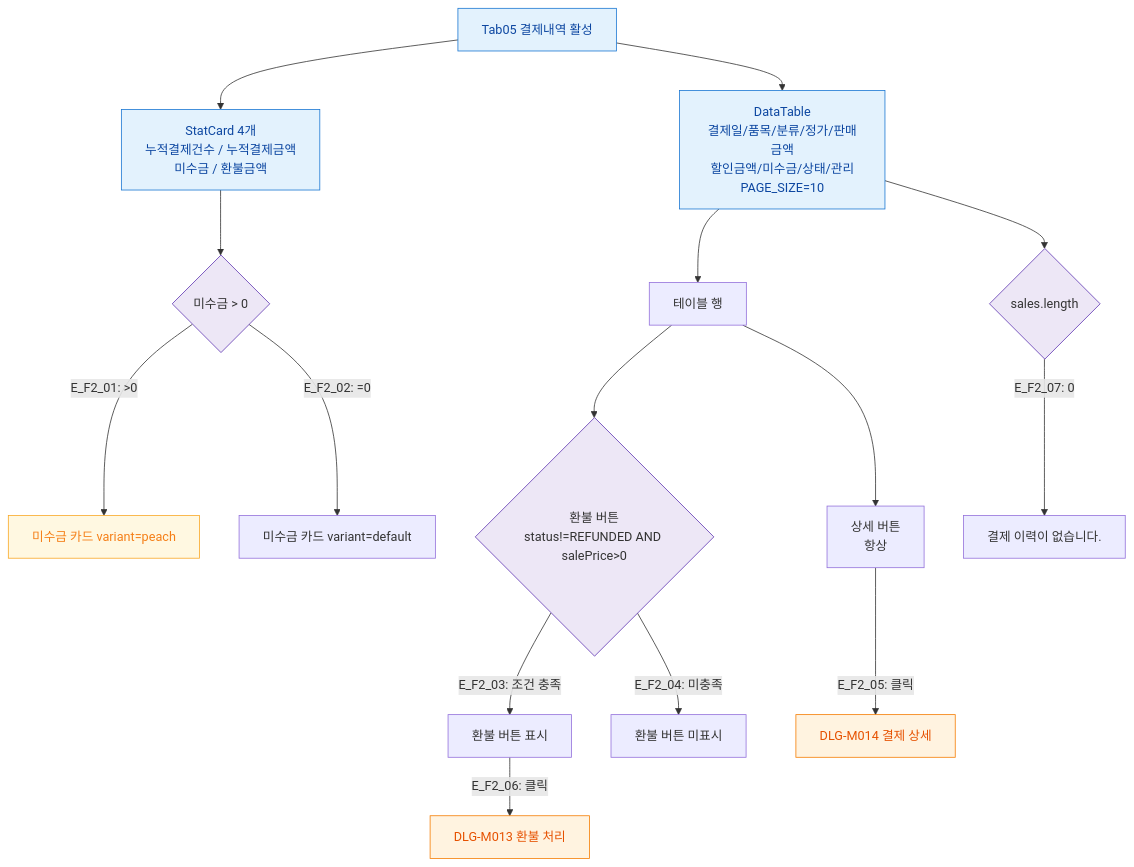
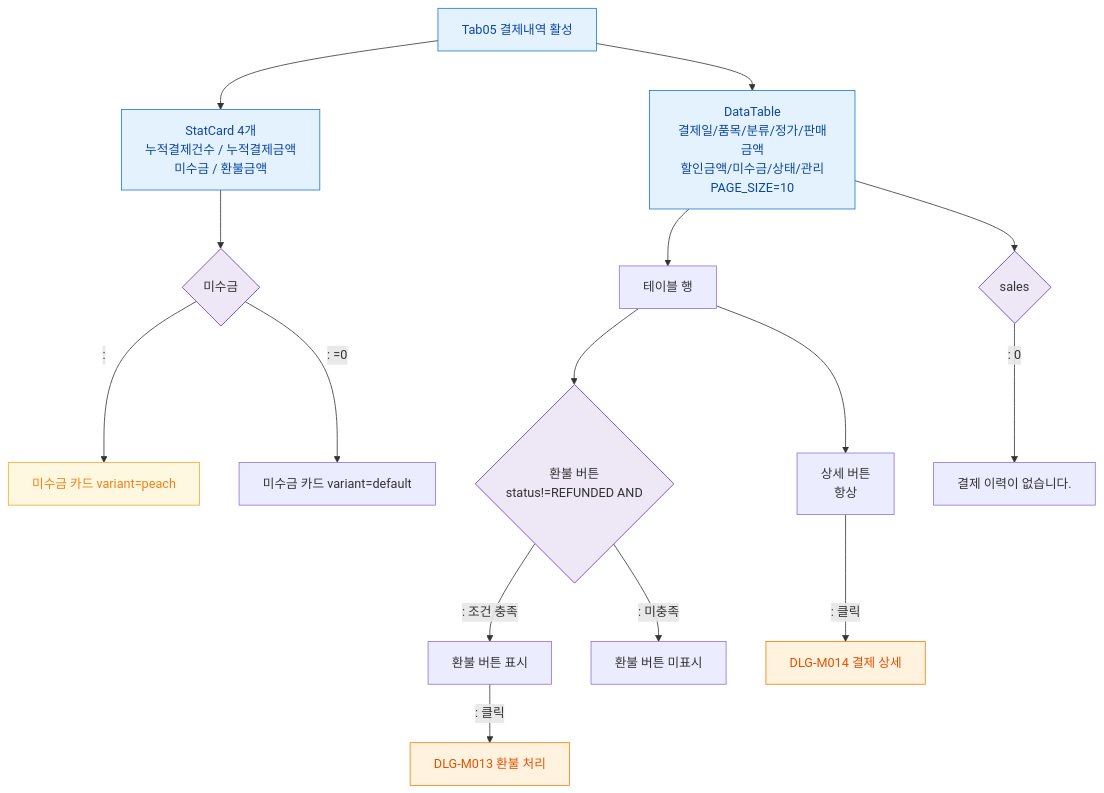
One commit to dev-spogym/admin-pando changed the diagram in docs/다이어그램/D02_회원관리/SCR-M004_회원상세/Tab05_결제내역/F2_메인.md. Above: the diagram before and after it, drawn with Mermaid. The commit also changed other lines of this file and 1660 other files, not shown here.

First line of the commit message:
다이어그램: 기획자/클라이언트 납품본으로 정리

````diff
--- a/docs/다이어그램/D02_회원관리/SCR-M004_회원상세/Tab05_결제내역/F2_메인.md
+++ b/docs/다이어그램/D02_회원관리/SCR-M004_회원상세/Tab05_결제내역/F2_메인.md
@@ -22,31 +20,31 @@
 ```mermaid
 flowchart TD
   TAB[Tab05 결제내역 활성] --> CARDS[StatCard 4개\n누적결제건수 / 누적결제금액\n미수금 / 환불금액]
 
-  CARDS --> UNPAID{미수금 > 0}
-  UNPAID -->|"E_F2_01: >0"| CARD_PEACH[미수금 카드 variant=peach]
-  UNPAID -->|"E_F2_02: =0"| CARD_DEF[미수금 카드 variant=default]
+  CARDS --> UNPAID{미수금}
+  UNPAID -->|":"|CARD_PEACH[미수금 카드 variant=peach]
+  UNPAID -->|": =0"|CARD_DEF[미수금 카드 variant=default]
 
   TAB --> TABLE[DataTable\n결제일/품목/분류/정가/판매금액\n할인금액/미수금/상태/관리\nPAGE_SIZE=10]
 
   TABLE --> ROW[테이블 행]
   ROW --> BTN_D[상세 버튼\n항상]
-  ROW --> BTN_R{환불 버튼\nstatus!=REFUNDED AND salePrice>0}
-  BTN_R -->|"E_F2_03: 조건 충족"| SHOW_R[환불 버튼 표시]
-  BTN_R -->|"E_F2_04: 미충족"| HIDE_R[환불 버튼 미표시]
+  ROW --> BTN_R{환불 버튼\nstatus!=REFUNDED AND}
+  BTN_R -->|": 조건 충족"|SHOW_R[환불 버튼 표시]
+  BTN_R -->|": 미충족"|HIDE_R[환불 버튼 미표시]
 
-  BTN_D -->|"E_F2_05: 클릭"| DLG_M014[DLG-M014 결제 상세]
-  SHOW_R -->|"E_F2_06: 클릭"| DLG_M013[DLG-M013 환불 처리]
+  BTN_D -->|": 클릭"|DLG_M014[DLG-M014 결제 상세]
+  SHOW_R -->|": 클릭"|DLG_M013[DLG-M013 환불 처리]
 
-  TABLE --> EMPTY{sales.length}
-  EMPTY -->|"E_F2_07: 0"| MSG[결제 이력이 없습니다.]
+  TABLE --> EMPTY{sales}
+  EMPTY -->|": 0"|MSG[결제 이력이 없습니다.]
 
   classDef screen fill:#E3F2FD,stroke:#1976D2,color:#0D47A1
   classDef modal fill:#FFF3E0,stroke:#F57C00,color:#E65100
   classDef system fill:#EDE7F6,stroke:#5E35B2
   classDef warning fill:#FFF8E1,stroke:#F9A825,color:#F57F17
   class TAB,CARDS,TABLE screen
   class DLG_M014,DLG_M013 modal
   class UNPAID,BTN_R,EMPTY system
   class CARD_PEACH warning
 ```
````
